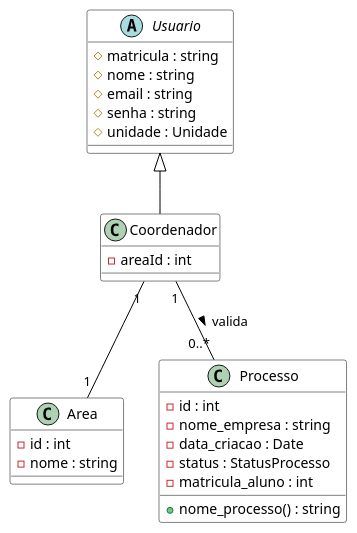
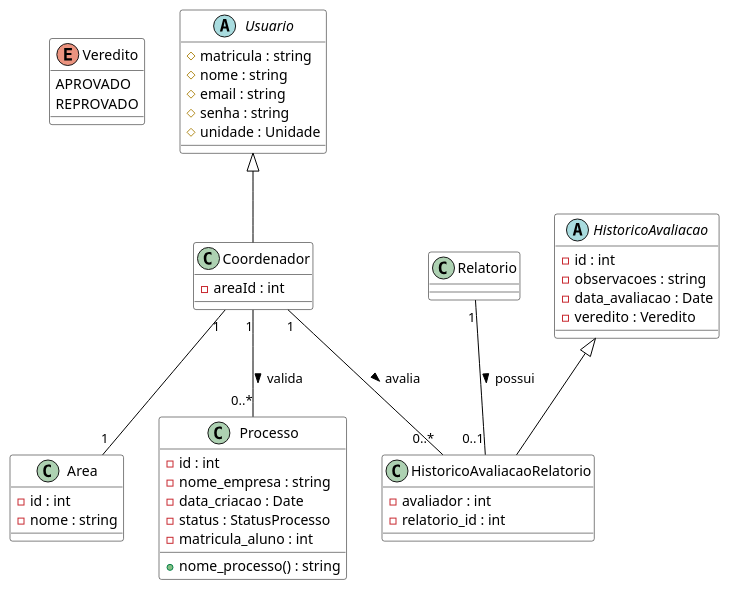
One commit to Projetos-de-Extensao/PBE_26.1_8002_III changed the diagram in docs/assets/Diagramas/src/diagrama_classes_coordenacao.puml. Above: the diagram before and after it, drawn with PlantUML. The commit also changed 5 other files, not shown here.

Commit message:
feat: implement evaluation history models and update class diagrams to support report and contract assessments

```diff
--- a/docs/assets/Diagramas/src/diagrama_classes_coordenacao.puml
+++ b/docs/assets/Diagramas/src/diagrama_classes_coordenacao.puml
@@ -1,41 +1,64 @@
 @startuml
 
 ' --- Estilos ---
 skinparam class {
     BackgroundColor White
     ArrowColor Black
     BorderColor Black
+}
+
+' --- Enums ---
+enum Veredito {
+    APROVADO
+    REPROVADO
 }
 
 ' --- Classes Relevantes ---
 abstract class Usuario {
     # matricula : string
     # nome : string
     # email : string
     # senha : string
     # unidade : Unidade
 }
 
 class Coordenador extends Usuario {
     - areaId : int
 }
 
 class Area {
     - id : int
     - nome : string
 }
 
 class Processo {
     - id : int
     - nome_empresa : string
     - data_criacao : Date
     - status : StatusProcesso
     - matricula_aluno : int
     + nome_processo() : string
 }
 
+class Relatorio {
+}
+
+abstract class HistoricoAvaliacao {
+    - id : int
+    - observacoes : string
+    - data_avaliacao : Date
+    - veredito : Veredito
+}
+
+class HistoricoAvaliacaoRelatorio extends HistoricoAvaliacao {
+    - avaliador : int
+    - relatorio_id : int
+}
+
 ' --- Relacionamentos ---
 Coordenador "1" -- "1" Area
 Coordenador "1" -- "0..*" Processo : valida >
+Coordenador "1" -- "0..*" HistoricoAvaliacaoRelatorio : avalia >
+Relatorio "1" -- "0..1" HistoricoAvaliacaoRelatorio : possui >
 
 @enduml
```
